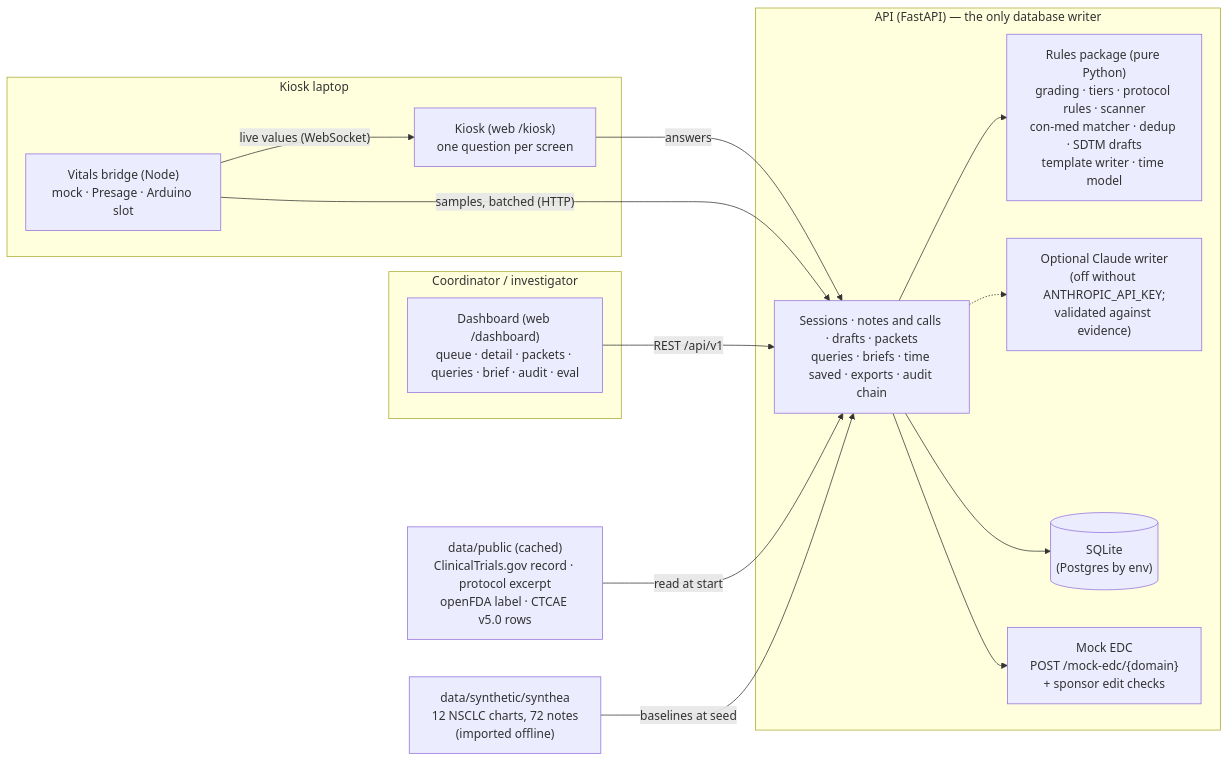
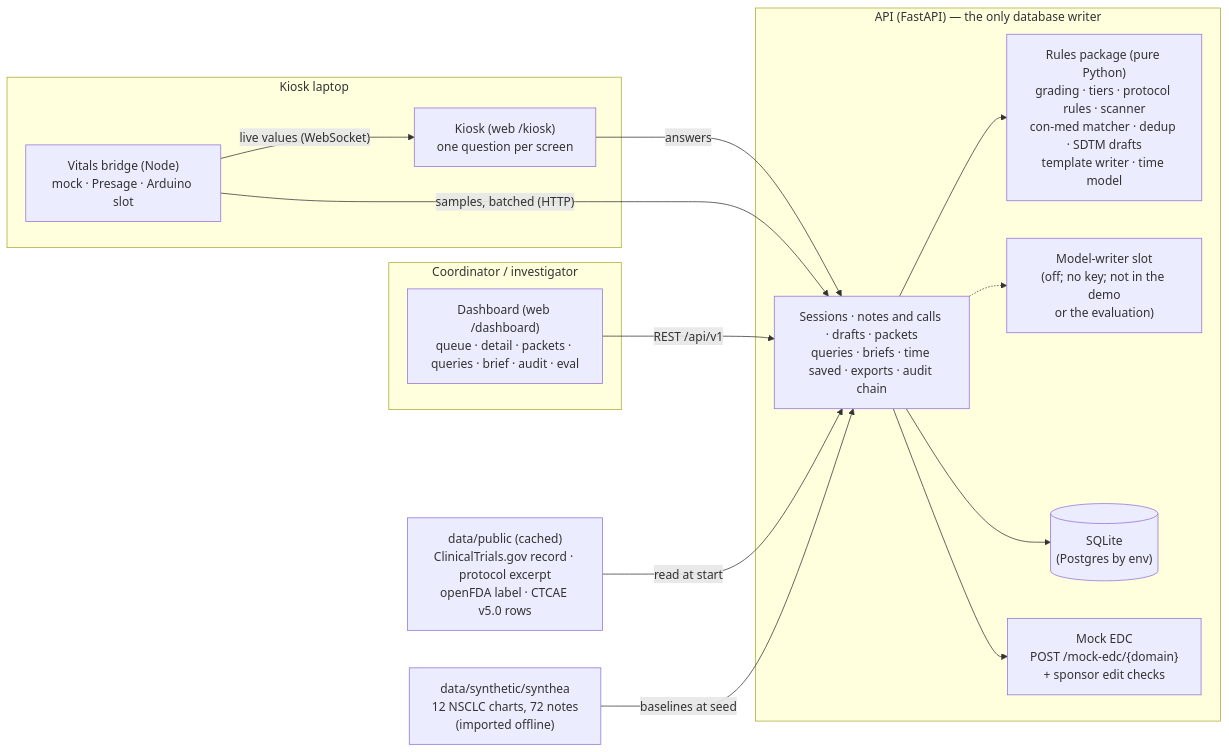
One commit to omer-khawar/ae-checkin-agent changed the diagram in README.md. Above: the diagram before and after it, drawn with Mermaid. The commit also changed other lines of this file and 76 other files, not shown here.

````diff
--- a/README.md
+++ b/README.md
@@ -101,30 +110,30 @@
 ```mermaid
 flowchart LR
     subgraph Kiosk_laptop["Kiosk laptop"]
         K["Kiosk (web /kiosk)<br/>one question per screen"]
         B["Vitals bridge (Node)<br/>mock · Presage · Arduino slot"]
     end
     subgraph Site_desk["Coordinator / investigator"]
         D["Dashboard (web /dashboard)<br/>queue · detail · packets · queries · brief · audit · eval"]
     end
     subgraph Server["API (FastAPI) — the only database writer"]
         A["Sessions · notes and calls · drafts · packets<br/>queries · briefs · time saved · exports · audit chain"]
         R["Rules package (pure Python)<br/>grading · tiers · protocol rules · scanner<br/>con-med matcher · dedup · SDTM drafts<br/>template writer · time model"]
-        W["Optional Claude writer<br/>(off without ANTHROPIC_API_KEY;<br/>validated against evidence)"]
+        W["Model-writer slot<br/>(off; no key; not in the demo<br/>or the evaluation)"]
         DB[("SQLite<br/>(Postgres by env)")]
         E["Mock EDC<br/>POST /mock-edc/{domain}<br/>+ sponsor edit checks"]
     end
     P["data/public (cached)<br/>ClinicalTrials.gov record · protocol excerpt<br/>openFDA label · CTCAE v5.0 rows"]
     S["data/synthetic/synthea<br/>12 NSCLC charts, 72 notes<br/>(imported offline)"]
 
     K -- answers --> A
     B -- "live values (WebSocket)" --> K
     B -- "samples, batched (HTTP)" --> A
     D -- "REST /api/v1" --> A
     A --> R
     A -.-> W
     A --> DB
     A --> E
     P -- "read at start" --> A
     S -- "baselines at seed" --> A
 ```
````
